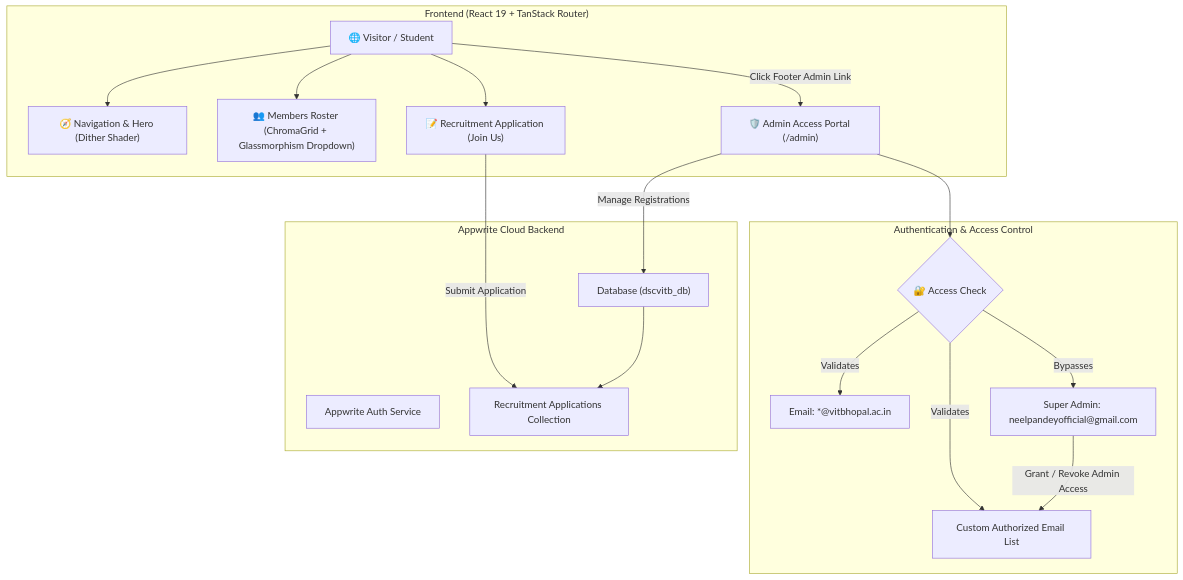
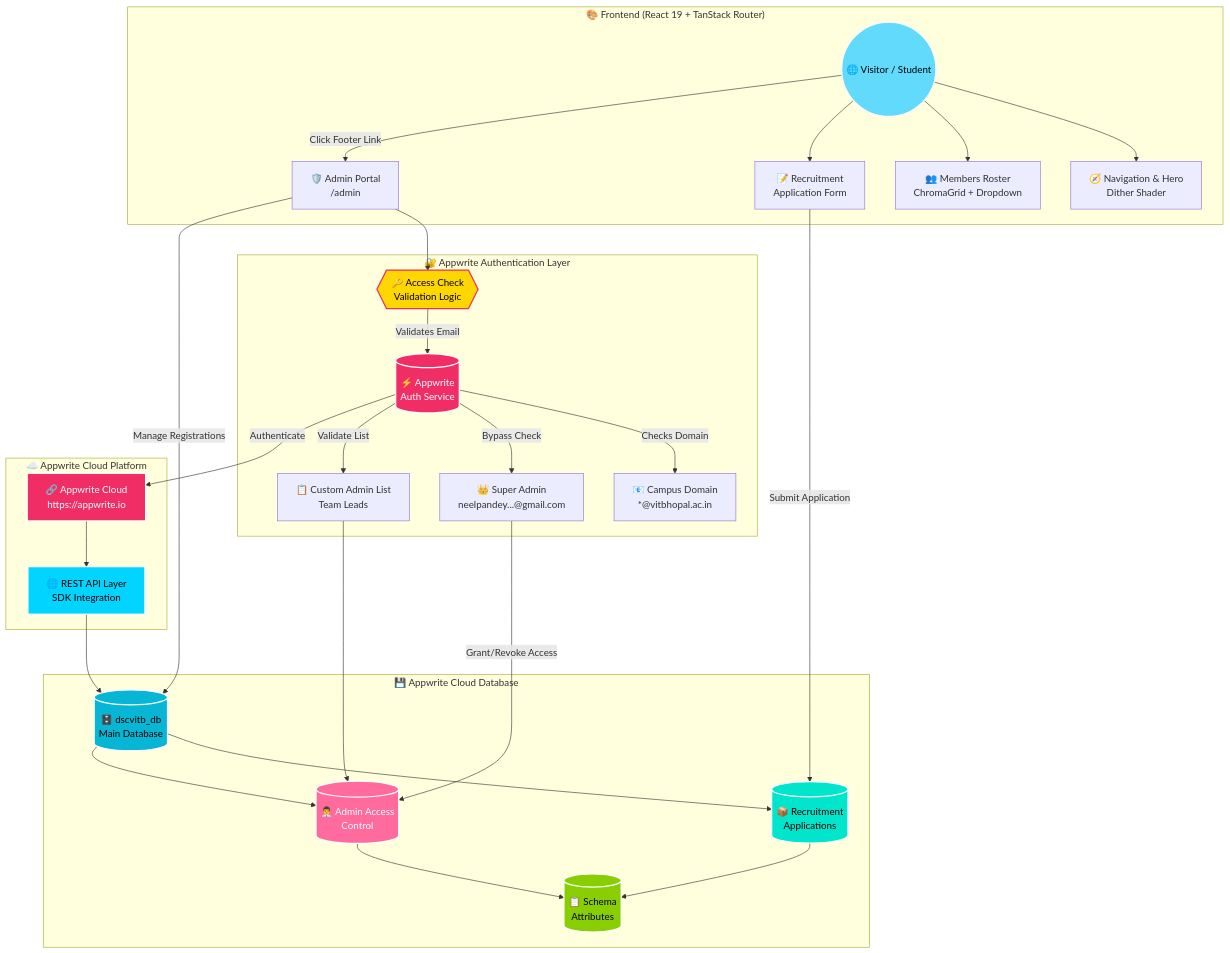
Before and after one commit to N-PCs/dsc-club-website: the diagram in README.md, drawn with Mermaid. The commit also changed other lines of this file, not shown here.

Commit message:
Revise technology badges and add version info
Updated badge styles and added version information for various technologies in the README.

````diff
--- a/README.md
+++ b/README.md
@@ -53,36 +53,62 @@
 ```mermaid
 flowchart TD
-    subgraph Frontend["Frontend (React 19 + TanStack Router)"]
-        User["🌐 Visitor / Student"]
-        Nav["🧭 Navigation & Hero (Dither Shader)"]
-        Members["👥 Members Roster (ChromaGrid + Glassmorphism Dropdown)"]
-        Join["📝 Recruitment Application (Join Us)"]
-        Admin["🛡️ Admin Access Portal (/admin)"]
+    subgraph Frontend["🎨 Frontend (React 19 + TanStack Router)"]
+        User(("🌐 Visitor / Student"))
+        Nav["🧭 Navigation & Hero<br/>Dither Shader"]
+        Members["👥 Members Roster<br/>ChromaGrid + Dropdown"]
+        Join["📝 Recruitment<br/>Application Form"]
+        Admin["🛡️ Admin Portal<br/>/admin"]
     end
-
-    subgraph Authentication["Authentication & Access Control"]
-        AuthCheck{"🔐 Access Check"}
-        CampusDomain["Email: *@vitbhopal.ac.in"]
-        SuperAdmin["Super Admin: neelpandeyofficial@gmail.com"]
-        CustomAdmins["Custom Authorized Email List"]
+ 
+    subgraph Authentication["🔐 Appwrite Authentication Layer"]
+        AuthCheck{{"🔑 Access Check<br/>Validation Logic"}}
+        CampusDomain["📧 Campus Domain<br/>*@vitbhopal.ac.in"]
+        SuperAdmin["👑 Super Admin<br/>neelpandey...@gmail.com"]
+        CustomAdmins["📋 Custom Admin List<br/>Team Leads"]
+        AppwriteAuth[("⚡ Appwrite<br/>Auth Service")]
     end
-
-    subgraph Appwrite["Appwrite Cloud Backend"]
-        AccountService["Appwrite Auth Service"]
-        Database["Database (dscvitb_db)"]
-        Collection["Recruitment Applications Collection"]
+ 
+    subgraph Appwrite["☁️ Appwrite Cloud Platform"]
+        AppwriteLogo["🔗 Appwrite Cloud<br/>https://appwrite.io"]
+        APILayer["🌐 REST API Layer<br/>SDK Integration"]
     end
-
+ 
+    subgraph Database["💾 Appwrite Cloud Database"]
+        DBCore[("🗄️ dscvitb_db<br/>Main Database")]
+        Collection[("📦 Recruitment<br/>Applications")]
+        AdminAccess[("👨‍💼 Admin Access<br/>Control")]
+        ApplicationAttributes[("📋 Schema<br/>Attributes")]
+    end
+ 
     User --> Nav
     User --> Members
     User --> Join
     Join -->|Submit Application| Collection
-    User -->|Click Footer Admin Link| Admin
+    User -->|Click Footer Link| Admin
     Admin --> AuthCheck
-    AuthCheck -->|Validates| CampusDomain
-    AuthCheck -->|Bypasses| SuperAdmin
-    AuthCheck -->|Validates| CustomAdmins
-    SuperAdmin -->|Grant / Revoke Admin Access| CustomAdmins
-    Admin -->|Manage Registrations| Database
-    Database --> Collection
+    AuthCheck -->|Validates Email| AppwriteAuth
+    AppwriteAuth -->|Checks Domain| CampusDomain
+    AppwriteAuth -->|Bypass Check| SuperAdmin
+    AppwriteAuth -->|Validate List| CustomAdmins
+    CustomAdmins --> AdminAccess
+    SuperAdmin -->|Grant/Revoke Access| AdminAccess
+    Admin -->|Manage Registrations| DBCore
+    AppwriteAuth -->|Authenticate| AppwriteLogo
+    AppwriteLogo --> APILayer
+    APILayer --> DBCore
+    DBCore --> Collection
+    DBCore --> AdminAccess
+    Collection --> ApplicationAttributes
+    AdminAccess --> ApplicationAttributes
+ 
+     
+    style User fill:#61DAFB,stroke:#fff,stroke-width:2px,color:#000
+    style AuthCheck fill:#FFD700,stroke:#F02E65,stroke-width:2px,color:#000
+    style AppwriteAuth fill:#F02E65,stroke:#fff,stroke-width:2px,color:#fff
+    style AppwriteLogo fill:#F02E65,stroke:#fff,stroke-width:2px,color:#fff
+    style APILayer fill:#00D4FF,stroke:#fff,stroke-width:2px,color:#000
+    style DBCore fill:#06B6D4,stroke:#fff,stroke-width:2px,color:#000
+    style Collection fill:#00E5CC,stroke:#fff,stroke-width:2px,color:#000
+    style AdminAccess fill:#FF6B9D,stroke:#fff,stroke-width:2px,color:#fff
+    style ApplicationAttributes fill:#88CE02,stroke:#fff,stroke-width:2px,color:#000
 ```
````
